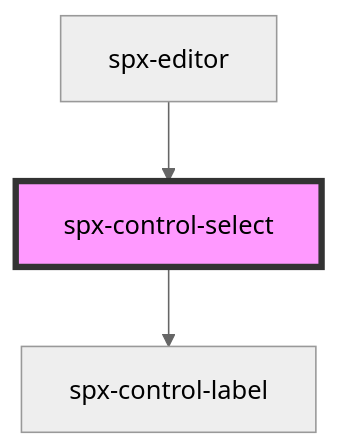
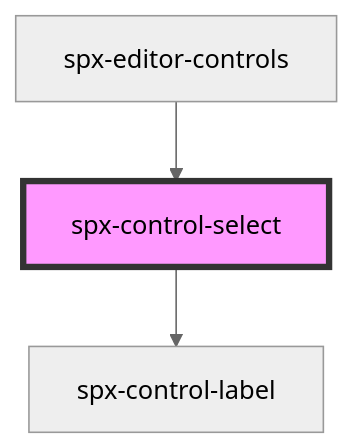
One commit to dnnsjsk/spx changed the diagram in stencil/src/components/controls/spx-control-select/readme.md. Above: the diagram before and after it, drawn with Mermaid (neutral theme). The commit also changed other lines of this file and 285 other files, not shown here.

````diff
--- a/stencil/src/components/controls/spx-control-select/readme.md
+++ b/stencil/src/components/controls/spx-control-select/readme.md
@@ -30,6 +29,6 @@
 ```mermaid
 graph TD;
   spx-control-select --> spx-control-label
-  spx-editor --> spx-control-select
+  spx-editor-controls --> spx-control-select
   style spx-control-select fill:#f9f,stroke:#333,stroke-width:4px
 ```
````
